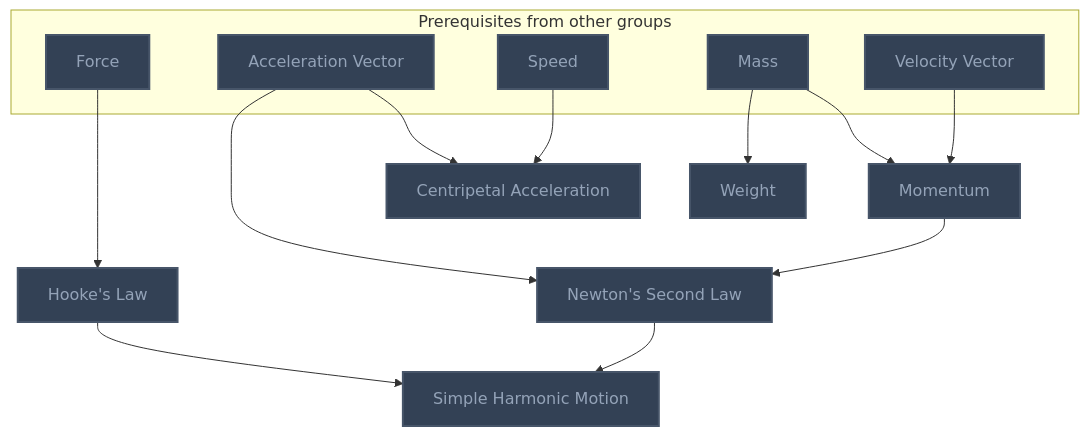
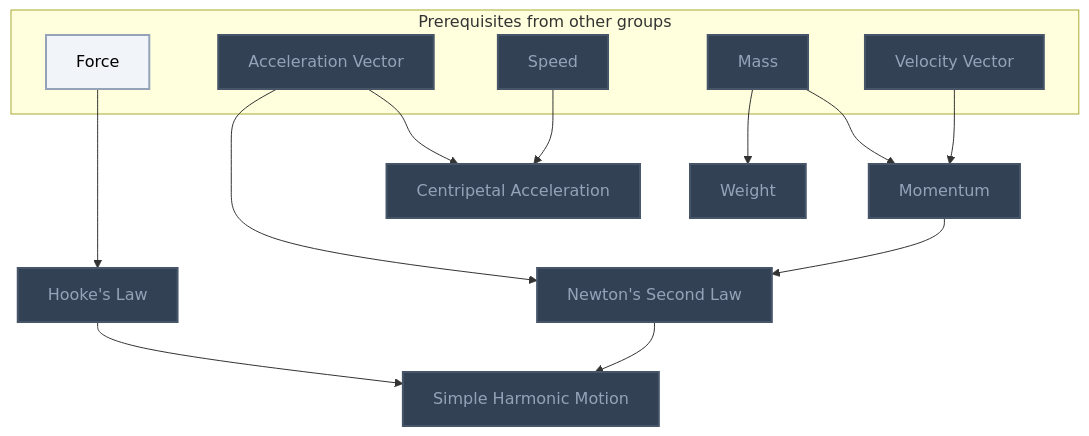
One commit to MRauf1/My-Notes changed the ninth of 15 diagrams in Gamification/Skill Trees/Classical Mechanics.md. Above: the diagram before and after it, drawn with Mermaid. The commit also changed other lines of this file and 57 other files, not shown here.

````diff
--- a/Gamification/Skill Trees/Classical Mechanics.md
+++ b/Gamification/Skill Trees/Classical Mechanics.md
@@ -277,37 +279,38 @@
 ```mermaid
 flowchart TD
     classDef planned fill:#1E293B,stroke:#64748B,stroke-width:2px,stroke-dasharray:5 5,color:#94A3B8;
     classDef locked fill:#334155,stroke:#475569,stroke-width:2px,color:#94A3B8;
     classDef L0 fill:#F1F5F9,stroke:#94A3B8,stroke-width:2px,color:#000000;
     classDef L1 fill:#22C55E,stroke:#15803D,stroke-width:2px,color:#000000;
     classDef L2 fill:#3B82F6,stroke:#1D4ED8,stroke-width:3px,color:#FFFFFF;
     classDef L3 fill:#A855F7,stroke:#6B21A8,stroke-width:3px,color:#FFFFFF,font-weight:bold;
     classDef L4 fill:#F97316,stroke:#C2410C,stroke-width:4px,color:#000000,font-weight:bold;
     classDef L5 fill:#FFD700,stroke:#FF8C00,stroke-width:5px,color:#000000,font-weight:bold;
     classDef rusty stroke:#8B4513,stroke-width:4px,stroke-dasharray:3 3;
     subgraph sg_prereqs["Prerequisites from other groups"]
         n_force["Force"]
         n_acceleration_vector["Acceleration Vector"]
         n_speed["Speed"]
         n_mass["Mass"]
         n_velocity_vector["Velocity Vector"]
     end
     n_hooke_s_law["Hooke's Law"]
     n_centripetal_acceleration["Centripetal Acceleration"]
     n_momentum["Momentum"]
     n_weight["Weight"]
     n_newton_s_second_law["Newton's Second Law"]
     n_simple_harmonic_motion["Simple Harmonic Motion"]
     n_force --> n_hooke_s_law
     n_acceleration_vector --> n_centripetal_acceleration
     n_speed --> n_centripetal_acceleration
     n_mass --> n_momentum
     n_velocity_vector --> n_momentum
     n_mass --> n_weight
     n_acceleration_vector --> n_newton_s_second_law
     n_momentum --> n_newton_s_second_law
     n_hooke_s_law --> n_simple_harmonic_motion
     n_newton_s_second_law --> n_simple_harmonic_motion
-    class n_force,n_acceleration_vector,n_speed,n_mass,n_velocity_vector,n_hooke_s_law,n_centripetal_acceleration,n_momentum,n_weight,n_newton_s_second_law,n_simple_harmonic_motion locked;
+    class n_acceleration_vector,n_speed,n_mass,n_velocity_vector,n_hooke_s_law,n_centripetal_acceleration,n_momentum,n_weight,n_newton_s_second_law,n_simple_harmonic_motion locked;
+    class n_force L0;
     class n_force,n_acceleration_vector,n_speed,n_mass,n_velocity_vector,n_hooke_s_law,n_centripetal_acceleration,n_momentum,n_weight,n_newton_s_second_law,n_simple_harmonic_motion internal-link;
 ```
````
